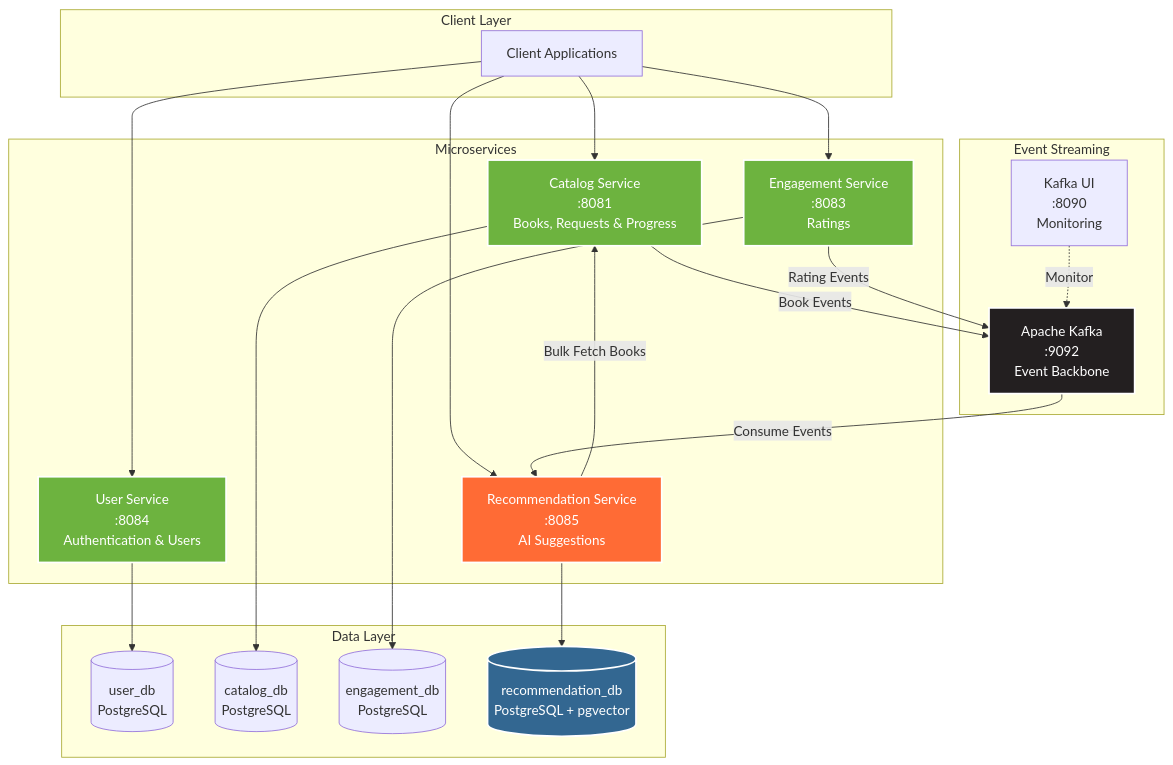
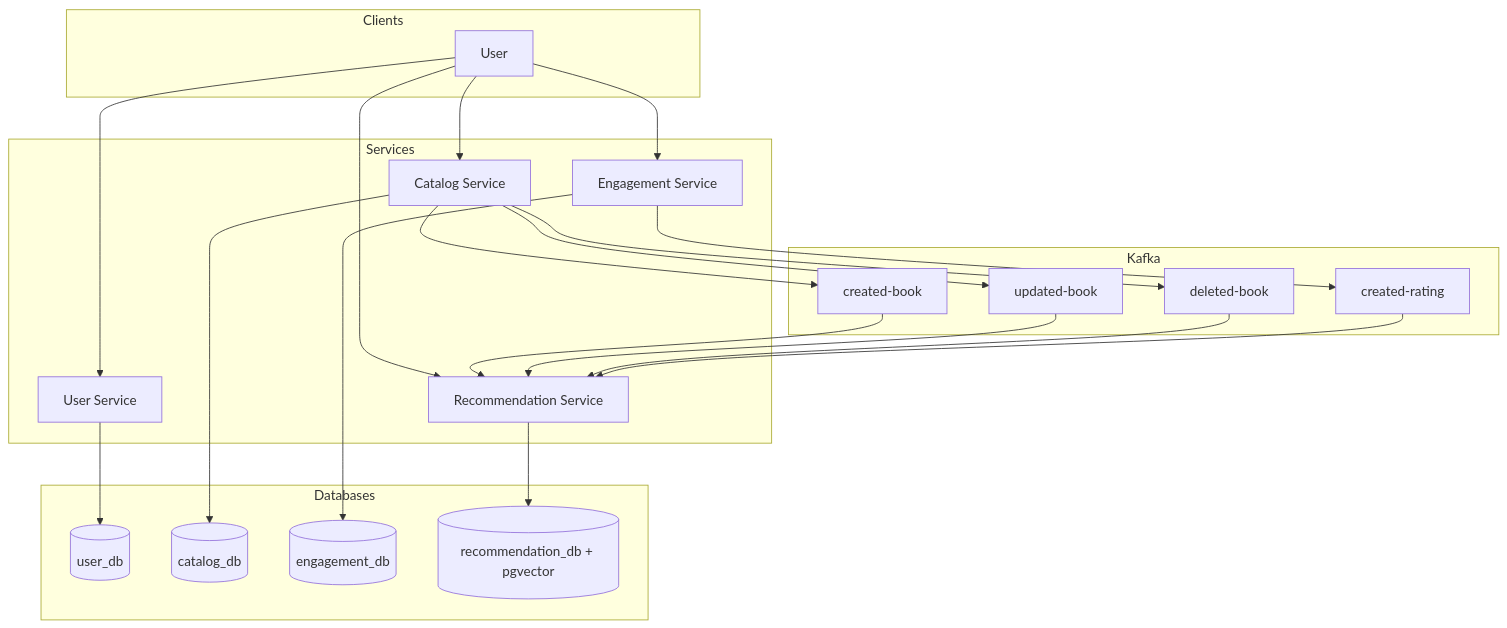
Before and after one commit to Luca5Eckert/VellumHub: the first of 3 diagrams in README.md, drawn with Mermaid. The commit also changed other lines of this file and 7 other files, not shown here.

````diff
--- a/README.md
+++ b/README.md
@@ -81,50 +32,47 @@
 ```mermaid
 graph TB
-    subgraph "Client Layer"
-        CLIENT[Client Applications]
+    subgraph Clients
+      U[User]
     end
-    
-    subgraph "Microservices"
-        US[User Service<br/>:8084<br/>Authentication & Users]
-        CS[Catalog Service<br/>:8081<br/>Books, Requests & Progress]
-        RS[Engagement Service<br/>:8083<br/>Ratings]
-        RCS[Recommendation Service<br/>:8085<br/>AI Suggestions]
+
+    subgraph Services
+      US[User Service]
+      CS[Catalog Service]
+      ES[Engagement Service]
+      RS[Recommendation Service]
     end
-    
-    subgraph "Event Streaming"
-        KAFKA[Apache Kafka<br/>:9092<br/>Event Backbone]
-        KUI[Kafka UI<br/>:8090<br/>Monitoring]
+
+    subgraph Kafka
+      B1[created-book]
+      B2[updated-book]
+      B3[deleted-book]
+      R1[created-rating]
     end
-    
-    subgraph "Data Layer"
-        DB1[(user_db<br/>PostgreSQL)]
-        DB2[(catalog_db<br/>PostgreSQL)]
-        DB3[(engagement_db<br/>PostgreSQL)]
-        DB4[(recommendation_db<br/>PostgreSQL + pgvector)]
+
+    subgraph Databases
+      UDB[(user_db)]
+      CDB[(catalog_db)]
+      EDB[(engagement_db)]
+      RDB[(recommendation_db + pgvector)]
     end
-    
-    CLIENT --> US
-    CLIENT --> CS
-    CLIENT --> RS
-    CLIENT --> RCS
-    
-    US --> DB1
-    CS --> DB2
-    RS --> DB3
-    RCS --> DB4
-    
-    CS -->|Book Events| KAFKA
-    RS -->|Rating Events| KAFKA
-    KAFKA -->|Consume Events| RCS
-    
-    RCS -->|Bulk Fetch Books| CS
-    
-    KUI -.Monitor.-> KAFKA
-    
-    style KAFKA fill:#231F20,stroke:#fff,stroke-width:2px,color:#fff
-    style US fill:#6DB33F,stroke:#fff,stroke-width:2px,color:#fff
-    style CS fill:#6DB33F,stroke:#fff,stroke-width:2px,color:#fff
-    style RS fill:#6DB33F,stroke:#fff,stroke-width:2px,color:#fff
-    style RCS fill:#FF6B35,stroke:#fff,stroke-width:2px,color:#fff
-    style DB4 fill:#336791,stroke:#fff,stroke-width:2px,color:#fff
+
+    U --> US
+    U --> CS
+    U --> ES
+    U --> RS
+
+    US --> UDB
+    CS --> CDB
+    ES --> EDB
+    RS --> RDB
+
+    CS --> B1
+    CS --> B2
+    CS --> B3
+    ES --> R1
+
+    B1 --> RS
+    B2 --> RS
+    B3 --> RS
+    R1 --> RS
 ```
````
